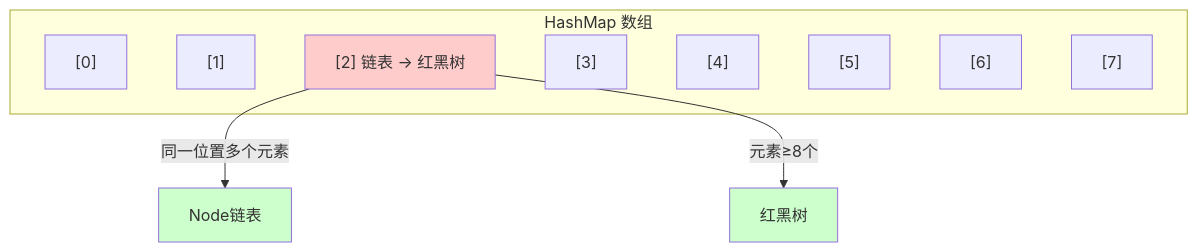
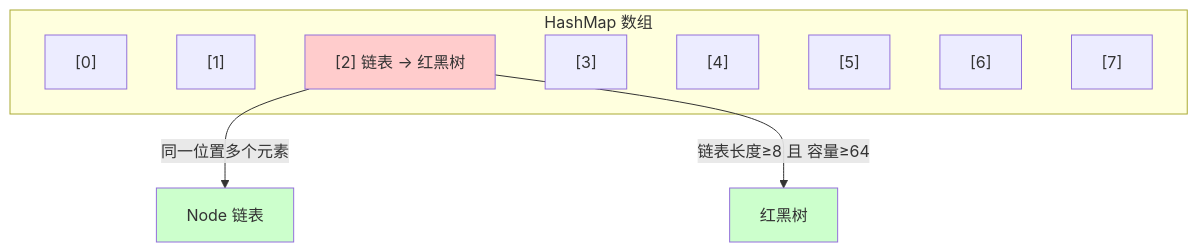
The first of 4 diagrams in content/Java/basic/Chapter-21-collections-part2.md (before80/prgms), drawn with Mermaid before and after one commit. The commit also changed other lines of this file and 1645 other files, not shown here.

````diff
--- a/content/Java/basic/Chapter-21-collections-part2.md
+++ b/content/Java/basic/Chapter-21-collections-part2.md
@@ -109,20 +109,20 @@
 ```mermaid
 graph TD
     subgraph HashMap 数组
         A0["[0]"]
         A1["[1]"]
         A2["[2] 链表 → 红黑树"]
         A3["[3]"]
         A4["[4]"]
         A5["[5]"]
         A6["[6]"]
         A7["[7]"]
     end
 
-    A2 -->|"同一位置多个元素"| N1["Node链表"]
-    A2 -->|"元素≥8个"| T1["红黑树"]
+    A2 -->|"同一位置多个元素"| N1["Node 链表"]
+    A2 -->|"链表长度≥8 且 容量≥64"| T1["红黑树"]
 
     style A2 fill:#ffcccc
     style N1 fill:#ccffcc
     style T1 fill:#ccffcc
 ```
````
